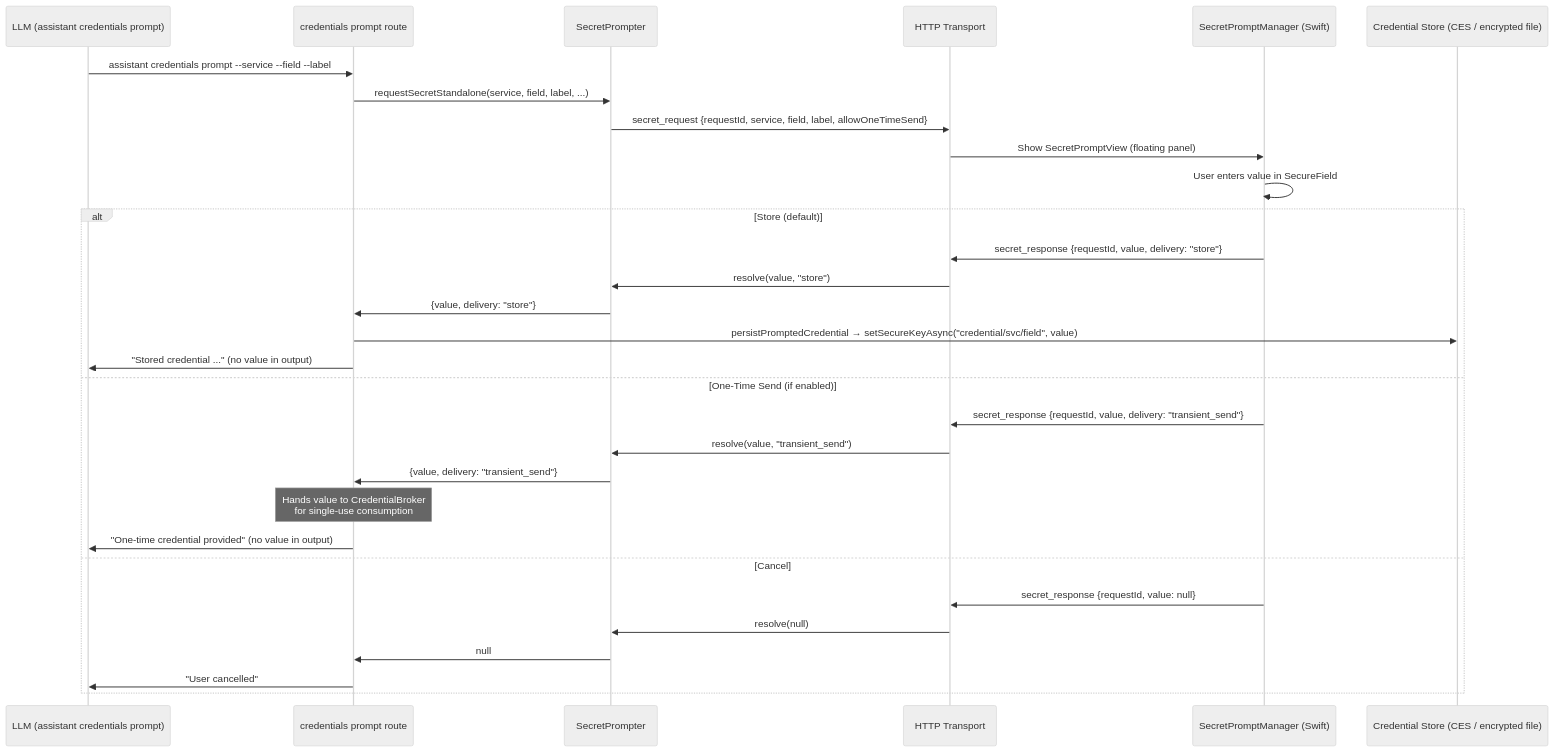
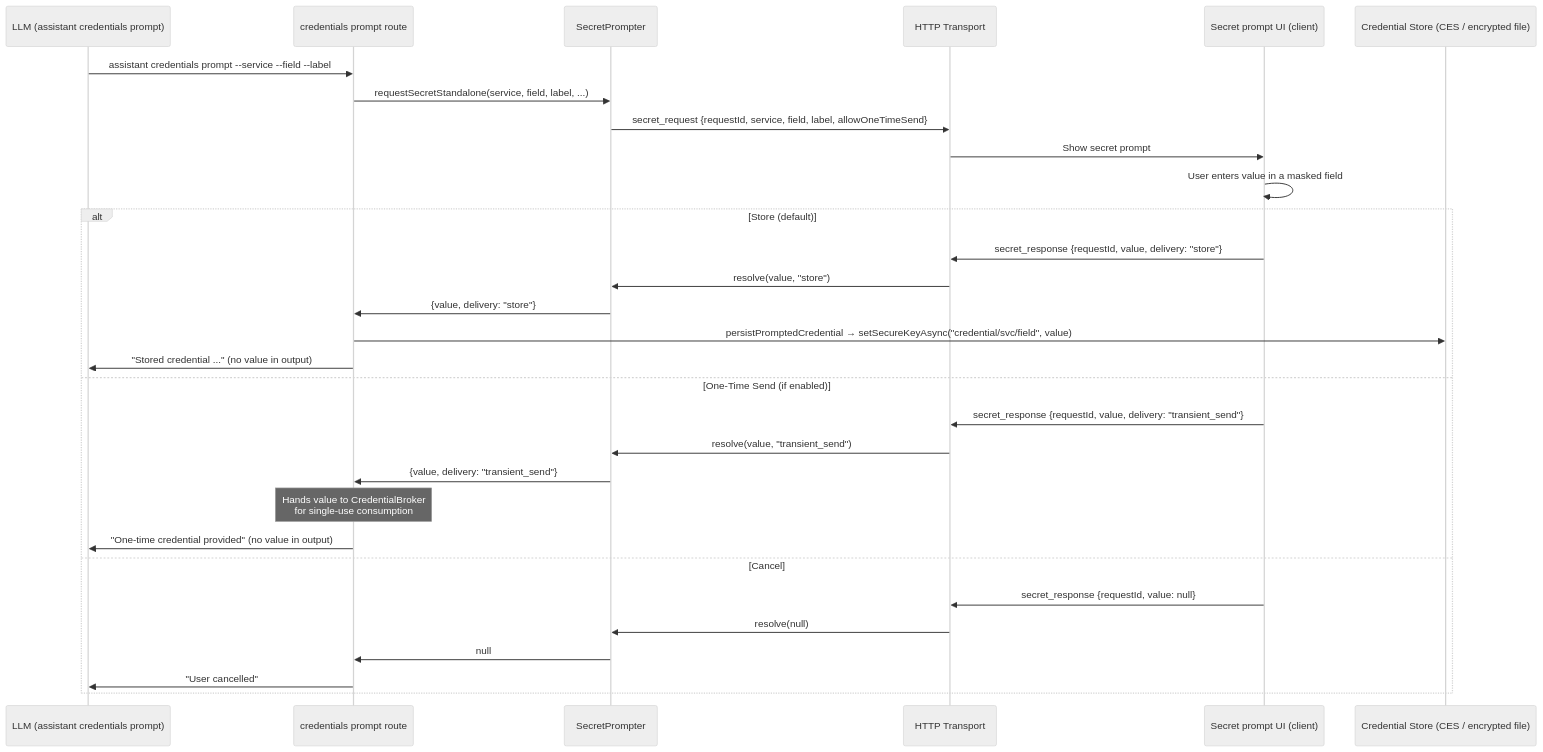
Before and after one commit to vellum-ai/vellum-assistant: the second of 4 diagrams in assistant/docs/architecture/security.md, drawn with Mermaid (neutral theme). The commit also changed other lines of this file and 26 other files, not shown here.

````diff
--- a/assistant/docs/architecture/security.md
+++ b/assistant/docs/architecture/security.md
@@ -224,33 +224,33 @@
 ```mermaid
 sequenceDiagram
     participant Model as LLM (assistant credentials prompt)
     participant Route as credentials prompt route
     participant Prompter as SecretPrompter
     participant HTTP as HTTP Transport
-    participant UI as SecretPromptManager (Swift)
+    participant UI as Secret prompt UI (client)
     participant Store as Credential Store (CES / encrypted file)
 
     Model->>Route: assistant credentials prompt --service --field --label
     Route->>Prompter: requestSecretStandalone(service, field, label, ...)
     Prompter->>HTTP: secret_request {requestId, service, field, label, allowOneTimeSend}
-    HTTP->>UI: Show SecretPromptView (floating panel)
-    UI->>UI: User enters value in SecureField
+    HTTP->>UI: Show secret prompt
+    UI->>UI: User enters value in a masked field
     alt Store (default)
         UI->>HTTP: secret_response {requestId, value, delivery: "store"}
         HTTP->>Prompter: resolve(value, "store")
         Prompter->>Route: {value, delivery: "store"}
         Route->>Store: persistPromptedCredential → setSecureKeyAsync("credential/svc/field", value)
         Route->>Model: "Stored credential ..." (no value in output)
     else One-Time Send (if enabled)
         UI->>HTTP: secret_response {requestId, value, delivery: "transient_send"}
         HTTP->>Prompter: resolve(value, "transient_send")
         Prompter->>Route: {value, delivery: "transient_send"}
         Note over Route: Hands value to CredentialBroker<br/>for single-use consumption
         Route->>Model: "One-time credential provided" (no value in output)
     else Cancel
         UI->>HTTP: secret_response {requestId, value: null}
         HTTP->>Prompter: resolve(null)
         Prompter->>Route: null
         Route->>Model: "User cancelled"
     end
 ```
````
